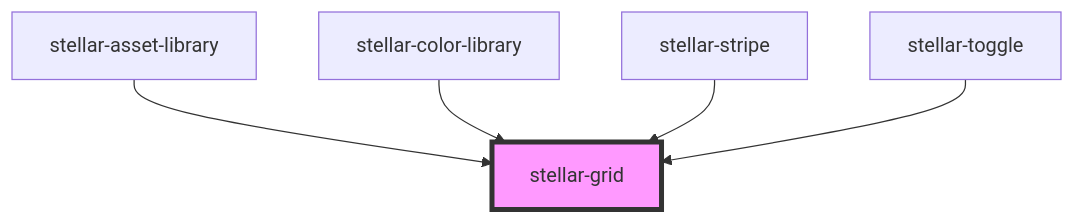
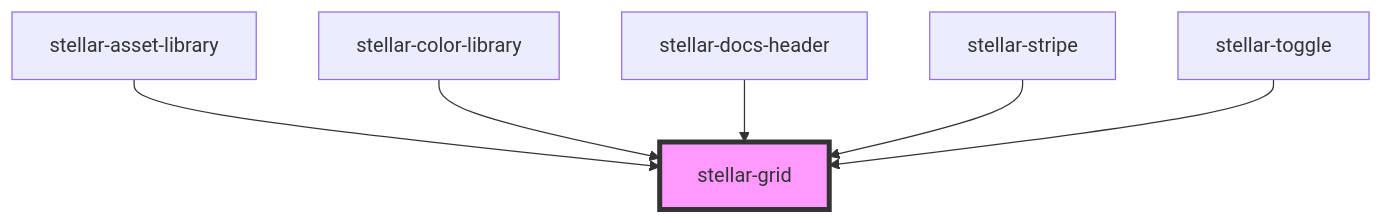
Before and after one commit to splitinfinities/Stellar: the diagram in src/components/ui/grid/readme.md, drawn with Mermaid. The commit also changed other lines of this file and 50 other files, not shown here.

````diff
--- a/src/components/ui/grid/readme.md
+++ b/src/components/ui/grid/readme.md
@@ -67,8 +68,9 @@
 ```mermaid
 graph TD;
   stellar-asset-library --> stellar-grid
   stellar-color-library --> stellar-grid
+  stellar-docs-header --> stellar-grid
   stellar-stripe --> stellar-grid
   stellar-toggle --> stellar-grid
   style stellar-grid fill:#f9f,stroke:#333,stroke-width:4px
 ```
````
